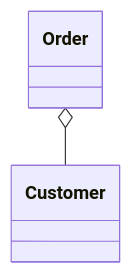
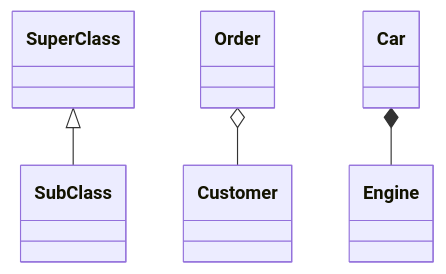
Before and after one commit to ArjanCodes/examples: the third of 5 diagrams in mermaid_tutorial/README.md, drawn with Mermaid. The commit also changed other lines of this file and 3 other files, not shown here.

Commit message:
Updated mermaid tutorial. WiP on 12-factor app video.

````diff
--- a/mermaid_tutorial/README.md
+++ b/mermaid_tutorial/README.md
@@ -21,4 +58,6 @@
 ```mermaid
 classDiagram
+    SuperClass <|-- SubClass
     Order o-- Customer
+    Car *-- Engine
 ```
````
